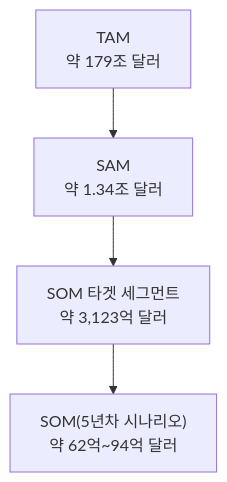
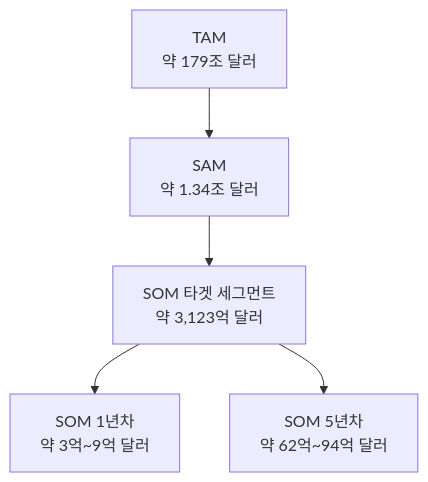
Before and after one commit to jennie-brain/business-analysis-frameworks: the first of 2 diagrams in 04_TAM-SAM-SOM_마켓세그먼트/08_TAM_SAM_SOM_시장세그먼트맵.md, drawn with Mermaid. The commit also changed other lines of this file, not shown here.

First line of the commit message:
SOM 1년차 규모 추가

````diff
--- a/04_TAM-SAM-SOM_마켓세그먼트/08_TAM_SAM_SOM_시장세그먼트맵.md
+++ b/04_TAM-SAM-SOM_마켓세그먼트/08_TAM_SAM_SOM_시장세그먼트맵.md
@@ -84,6 +84,7 @@
 ```mermaid
 flowchart TD
     A["TAM<br/>약 179조 달러"] --> B["SAM<br/>약 1.34조 달러"]
     B --> C["SOM 타겟 세그먼트<br/>약 3,123억 달러"]
-    C --> D["SOM(5년차 시나리오)<br/>약 62억~94억 달러"]
+    C --> D["SOM 1년차<br/>약 3억~9억 달러"]
+    C --> E["SOM 5년차<br/>약 62억~94억 달러"]
 ```
````
